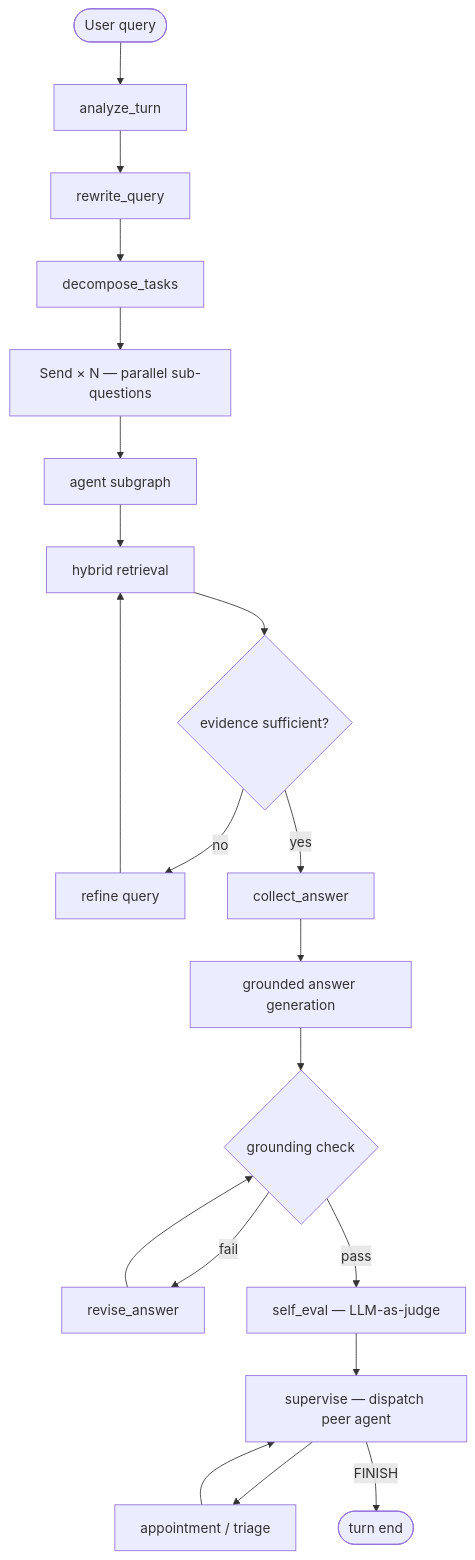
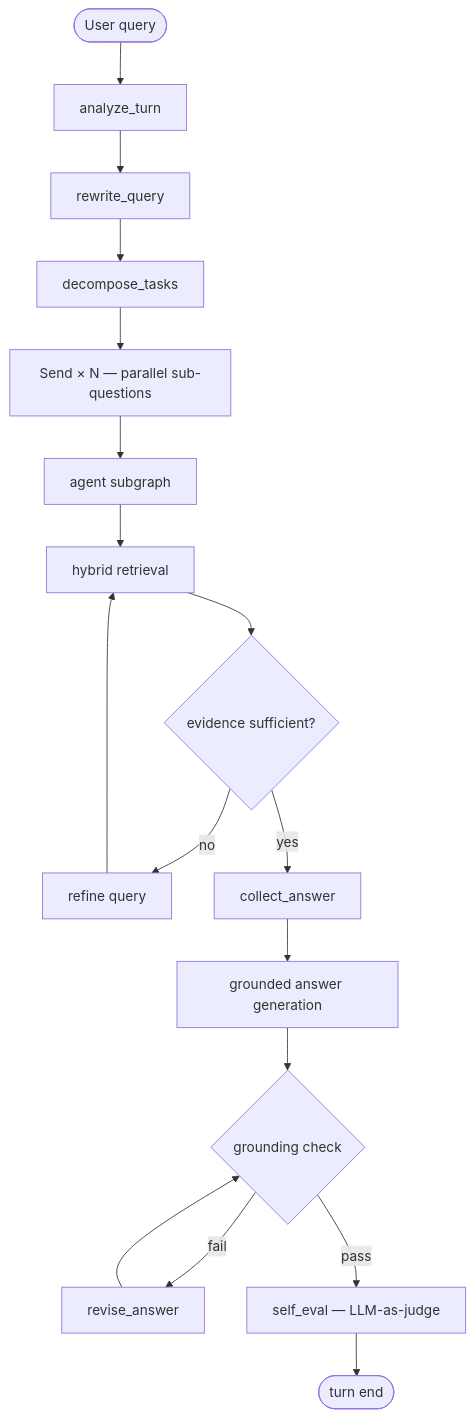
The first of 5 diagrams in README.md (ouhuzzh/xinyu-medical-agent), drawn with Mermaid before and after one commit. The commit also changed other lines of this file and 15 other files, not shown here.

````diff
--- a/README.md
+++ b/README.md
@@ -65,22 +65,19 @@
 ```mermaid
 flowchart TD
     A([User query]) --> B[analyze_turn]
     B --> C[rewrite_query]
     C --> D[decompose_tasks]
     D --> E[Send × N — parallel sub-questions]
     E --> F[agent subgraph]
     F --> G[hybrid retrieval]
     G --> H{evidence sufficient?}
     H -->|no| I[refine query]
     I --> G
     H -->|yes| J[collect_answer]
     J --> K[grounded answer generation]
     K --> L{grounding check}
     L -->|fail| M[revise_answer]
     M --> L
     L -->|pass| N[self_eval — LLM-as-judge]
-    N --> O[supervise — dispatch peer agent]
-    O --> P[appointment / triage]
-    P --> O
-    O -->|FINISH| Z([turn end])
+    N --> Z([turn end])
 ```
````
